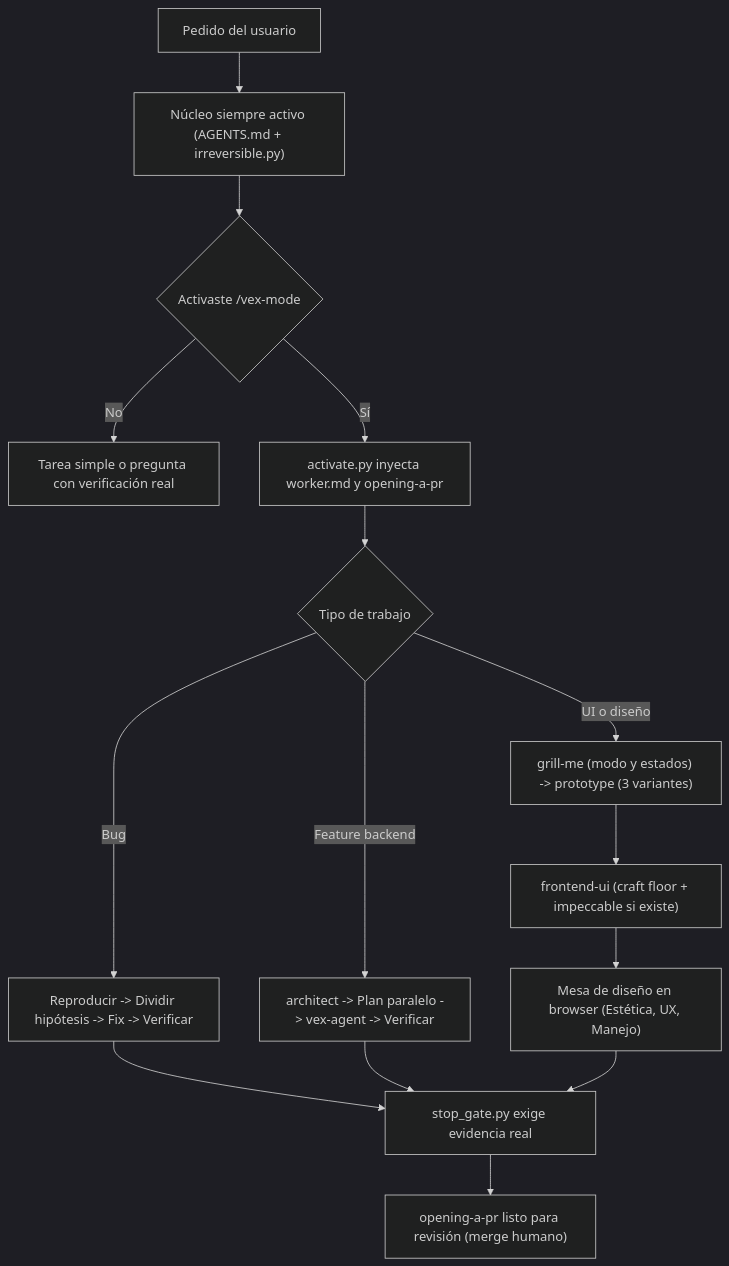
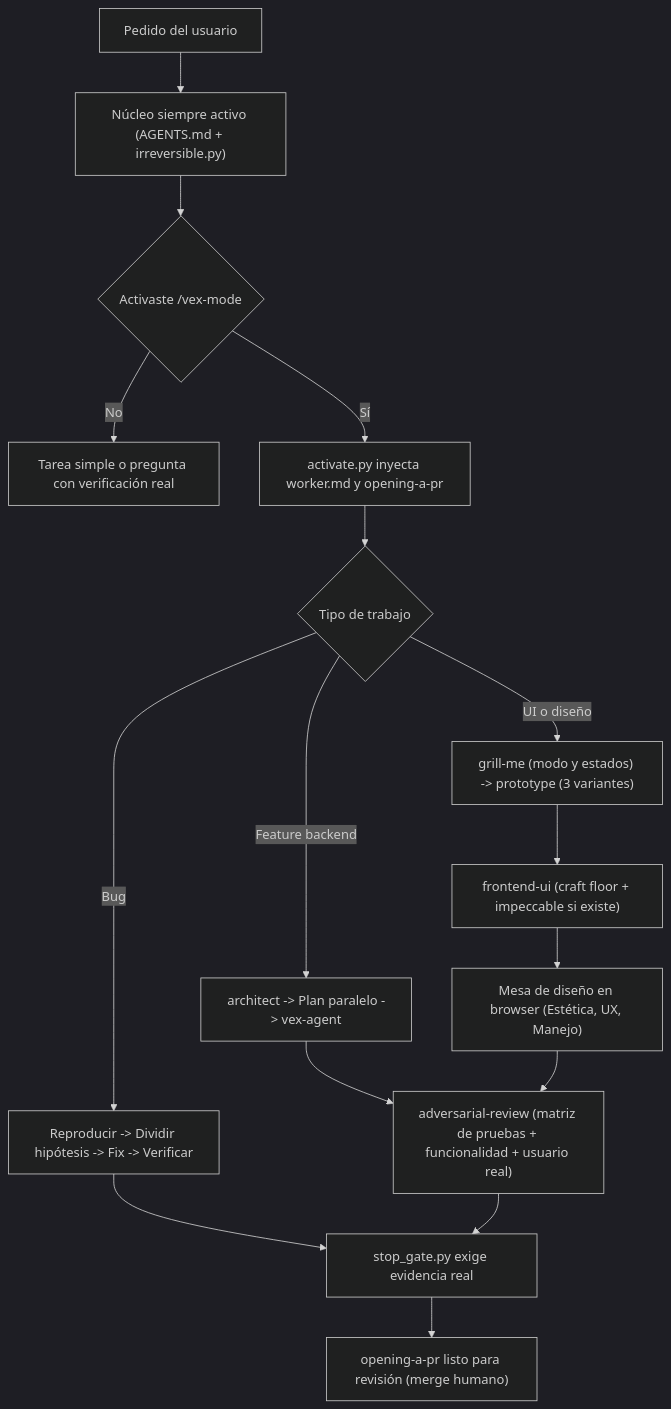
One commit to JaraEsequiel/vex-mode changed the diagram in docs/guide/flujo-de-trabajo.md. Above: the diagram before and after it, drawn with Mermaid (dark theme). The commit also changed other lines of this file and 2 other files, not shown here.

Commit message:
docs(guide): document adversarial-review flow and test matrix

````diff
--- a/docs/guide/flujo-de-trabajo.md
+++ b/docs/guide/flujo-de-trabajo.md
@@ -40,17 +40,18 @@
 ```mermaid
 flowchart TD
   U["Pedido del usuario"] --> N["Núcleo siempre activo (AGENTS.md + irreversible.py)"]
   N --> M{"Activaste /vex-mode"}
   M -- "No" --> T1["Tarea simple o pregunta con verificación real"]
   M -- "Sí" --> R["activate.py inyecta worker.md y opening-a-pr"]
   R --> K{"Tipo de trabajo"}
   K -- "Bug" --> B["Reproducir -> Dividir hipótesis -> Fix -> Verificar"]
-  K -- "Feature backend" --> F["architect -> Plan paralelo -> vex-agent -> Verificar"]
+  K -- "Feature backend" --> F["architect -> Plan paralelo -> vex-agent"]
   K -- "UI o diseño" --> UI1["grill-me (modo y estados) -> prototype (3 variantes)"]
   UI1 --> UI2["frontend-ui (craft floor + impeccable si existe)"]
   UI2 --> MD["Mesa de diseño en browser (Estética, UX, Manejo)"]
+  F --> AR["adversarial-review (matriz de pruebas + funcionalidad + usuario real)"]
+  MD --> AR
   B --> SG["stop_gate.py exige evidencia real"]
-  F --> SG
-  MD --> SG
+  AR --> SG
   SG --> PR["opening-a-pr listo para revisión (merge humano)"]
 ```
````
